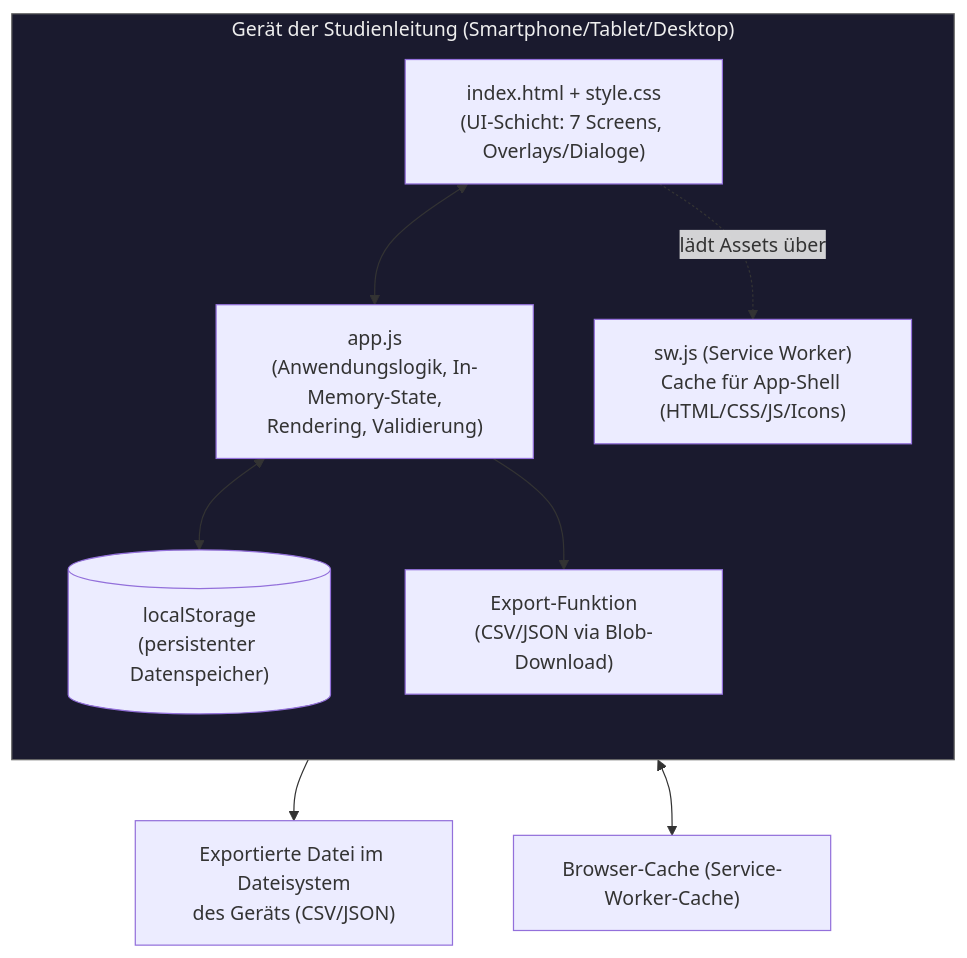
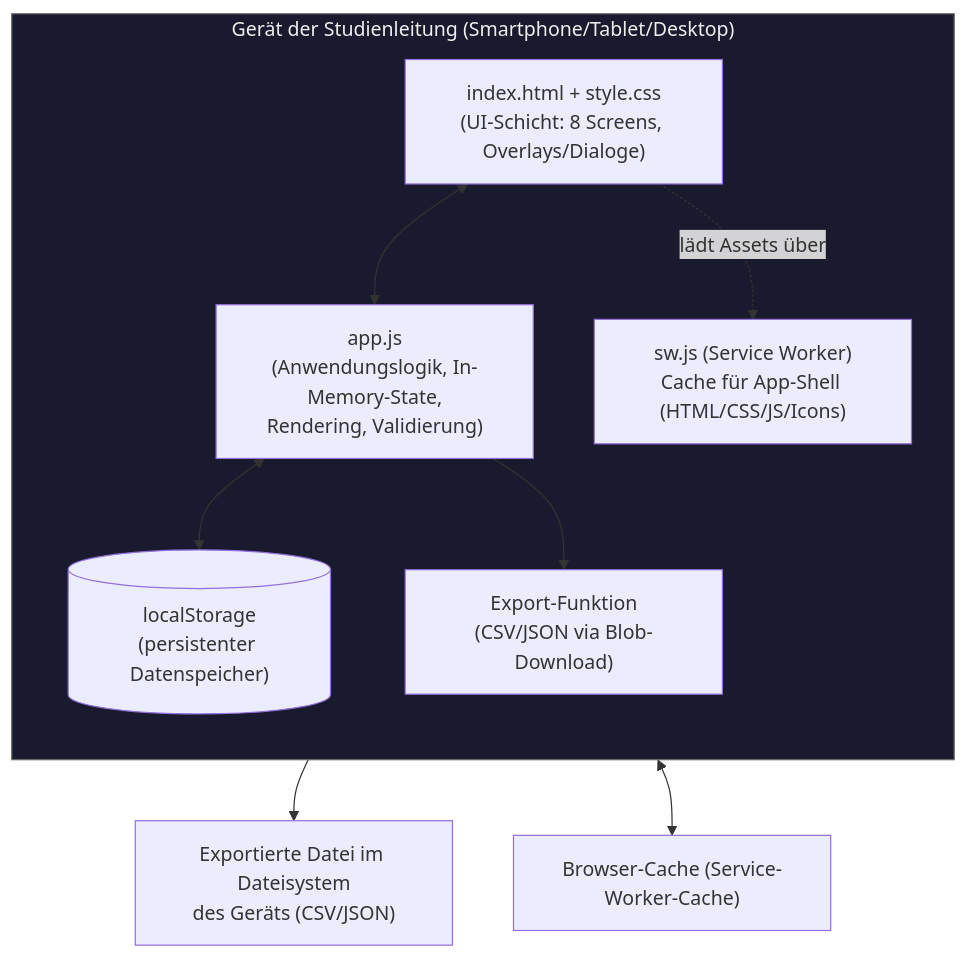
One commit to MStem911/studylog-mext changed the diagram in docs/OVERVIEW.md. Above: the diagram before and after it, drawn with Mermaid. The commit also changed other lines of this file and 6 other files, not shown here.

````diff
--- a/docs/OVERVIEW.md
+++ b/docs/OVERVIEW.md
@@ -62,21 +62,21 @@
 ```mermaid
 flowchart TB
     subgraph Device["Gerät der Studienleitung (Smartphone/Tablet/Desktop)"]
         direction TB
-        UI["index.html + style.css<br/>(UI-Schicht: 7 Screens, Overlays/Dialoge)"]
+        UI["index.html + style.css<br/>(UI-Schicht: 8 Screens, Overlays/Dialoge)"]
         Logic["app.js<br/>(Anwendungslogik, In-Memory-State,<br/>Rendering, Validierung)"]
         LS[("localStorage<br/>(persistenter Datenspeicher)")]
         SW["sw.js (Service Worker)<br/>Cache für App-Shell (HTML/CSS/JS/Icons)"]
         Export["Export-Funktion<br/>(CSV/JSON via Blob-Download)"]
     end
     Browser["Browser-Cache (Service-Worker-Cache)"]
     File["Exportierte Datei im Dateisystem<br/>des Geräts (CSV/JSON)"]
 
     UI <--> Logic
     Logic <--> LS
     Logic --> Export --> File
     SW <--> Browser
     UI -. lädt Assets über .-> SW
 
     style Device fill:#1a1a2e,stroke:#666,color:#eee
 ```
````
